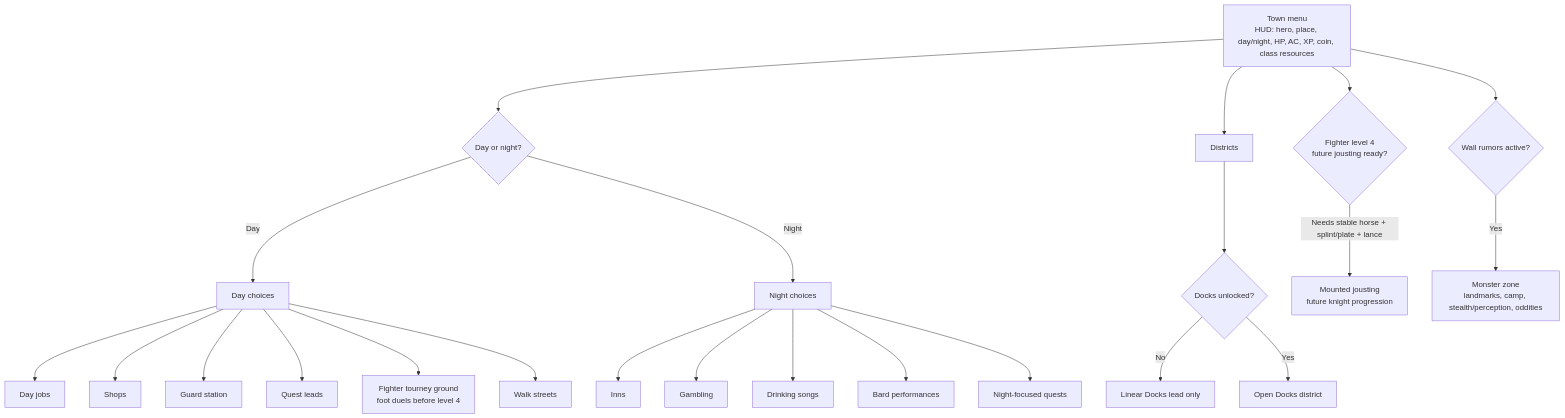
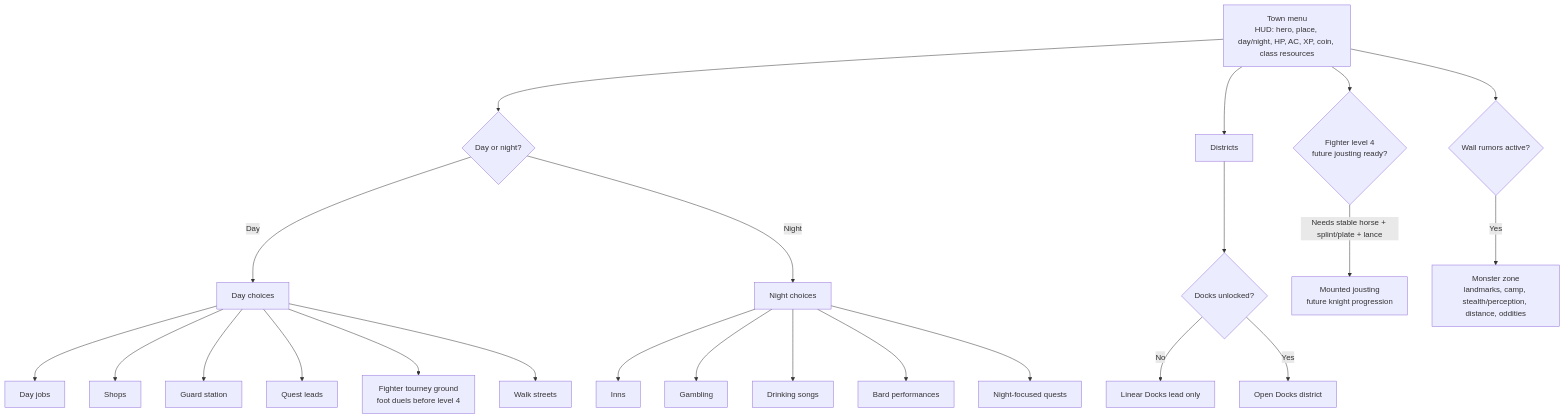
The third of 3 diagrams in docs/visual-game-flow.md (JesperYH24/dnd-git-adventure), drawn with Mermaid before and after one commit. The commit also changed other lines of this file and 9 other files, not shown here.

Commit message:
Document monster zone distance layer

````diff
--- a/docs/visual-game-flow.md
+++ b/docs/visual-game-flow.md
@@ -55,28 +55,28 @@
 ```mermaid
 flowchart TD
     Town["Town menu\nHUD: hero, place, day/night, HP, AC, XP, coin, class resources"] --> Time{"Day or night?"}
 
     Time -- "Day" --> DayChoices["Day choices"]
     DayChoices --> DayJobs["Day jobs"]
     DayChoices --> Shops["Shops"]
     DayChoices --> Guard["Guard station"]
     DayChoices --> QuestLeads["Quest leads"]
     DayChoices --> Tourney["Fighter tourney ground\nfoot duels before level 4"]
     DayChoices --> Streets["Walk streets"]
 
     Time -- "Night" --> NightChoices["Night choices"]
     NightChoices --> Inns["Inns"]
     NightChoices --> Gambling["Gambling"]
     NightChoices --> DrinkingSongs["Drinking songs"]
     NightChoices --> BardShows["Bard performances"]
     NightChoices --> NightQuests["Night-focused quests"]
 
     Town --> Districts["Districts"]
     Districts --> DocksGate{"Docks unlocked?"}
     DocksGate -- "No" --> DocksLead["Linear Docks lead only"]
     DocksGate -- "Yes" --> Docks["Open Docks district"]
     Town --> KnightGate{"Fighter level 4\nfuture jousting ready?"}
     KnightGate -- "Needs stable horse + splint/plate + lance" --> FutureJoust["Mounted jousting\nfuture knight progression"]
     Town --> MonsterGate{"Wall rumors active?"}
-    MonsterGate -- "Yes" --> MonsterZone["Monster zone\nlandmarks, camp, stealth/perception, oddities"]
+    MonsterGate -- "Yes" --> MonsterZone["Monster zone\nlandmarks, camp, stealth/perception, distance, oddities"]
 ```
````
